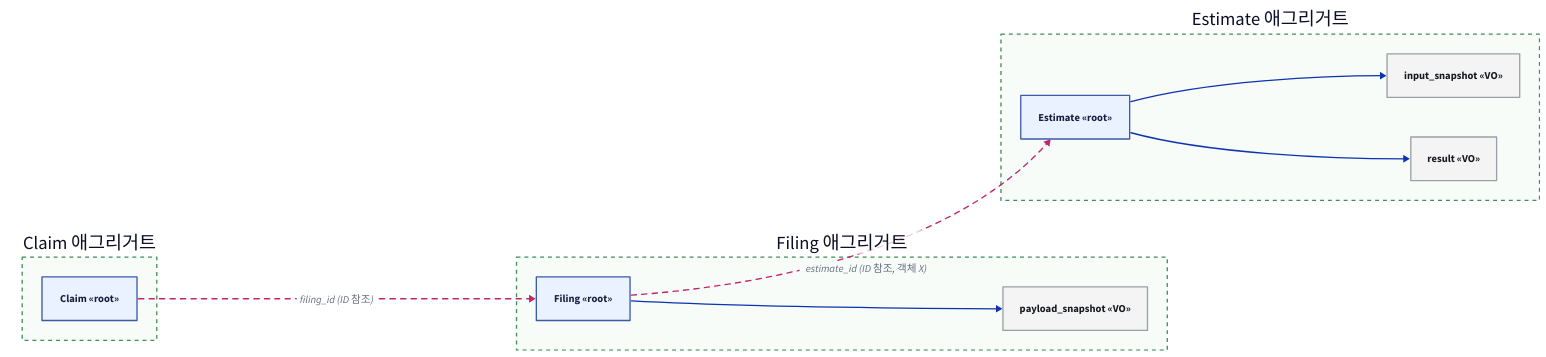
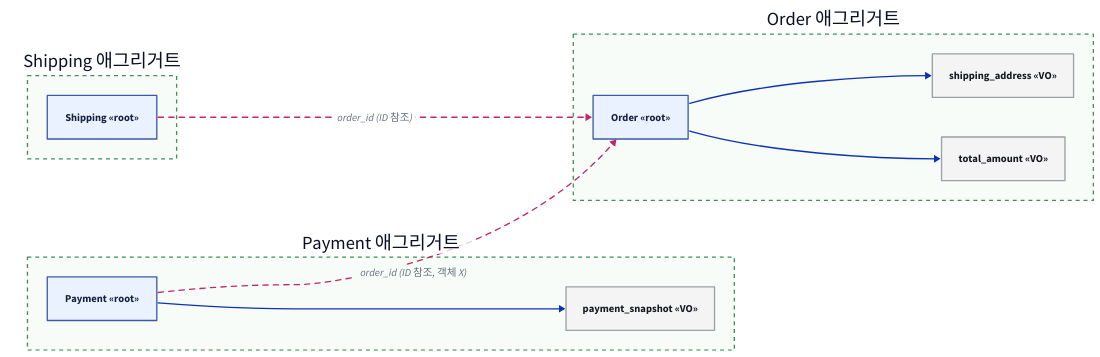
Before and after one commit to Hyune-s-lab/my-ai-study: the diagram in cs-study/assets/ddd-aggregate.d2, drawn with D2. The commit also changed 12 other files, not shown here.

```diff
--- a/cs-study/assets/ddd-aggregate.d2
+++ b/cs-study/assets/ddd-aggregate.d2
@@ -1,28 +1,28 @@
 direction: right
 vars: { d2-config: { pad: 30 } }
 classes: {
   root: { style: { fill: "#EAF2FF"; stroke: "#3B5BA5"; font-color: "#16213E"; bold: true } }
   vo:   { style: { fill: "#F4F4F5"; stroke: "#9AA0A6"; font-color: "#16191F" } }
 }
 
-est: "Estimate 애그리거트" {
+ord: "Order 애그리거트" {
   style: { stroke: "#3F8E55"; stroke-dash: 3; fill: "#F7FCF9" }
-  r: "Estimate  «root»" { class: root }
-  s: "input_snapshot «VO»" { class: vo }
-  v: "result «VO»" { class: vo }
+  r: "Order  «root»" { class: root }
+  s: "shipping_address «VO»" { class: vo }
+  v: "total_amount «VO»" { class: vo }
   r -> s
   r -> v
 }
-fil: "Filing 애그리거트" {
+pay: "Payment 애그리거트" {
   style: { stroke: "#3F8E55"; stroke-dash: 3; fill: "#F7FCF9" }
-  r: "Filing  «root»" { class: root }
-  p: "payload_snapshot «VO»" { class: vo }
+  r: "Payment  «root»" { class: root }
+  p: "payment_snapshot «VO»" { class: vo }
   r -> p
 }
-clm: "Claim 애그리거트" {
+shp: "Shipping 애그리거트" {
   style: { stroke: "#3F8E55"; stroke-dash: 3; fill: "#F7FCF9" }
-  r: "Claim  «root»" { class: root }
+  r: "Shipping  «root»" { class: root }
 }
 
-fil.r -> est.r: "estimate_id (ID 참조, 객체 X)" { style: { stroke: "#C2256B"; stroke-dash: 4 } }
-clm.r -> fil.r: "filing_id (ID 참조)" { style: { stroke: "#C2256B"; stroke-dash: 4 } }
+pay.r -> ord.r: "order_id (ID 참조, 객체 X)" { style: { stroke: "#C2256B"; stroke-dash: 4 } }
+shp.r -> ord.r: "order_id (ID 참조)" { style: { stroke: "#C2256B"; stroke-dash: 4 } }
```
